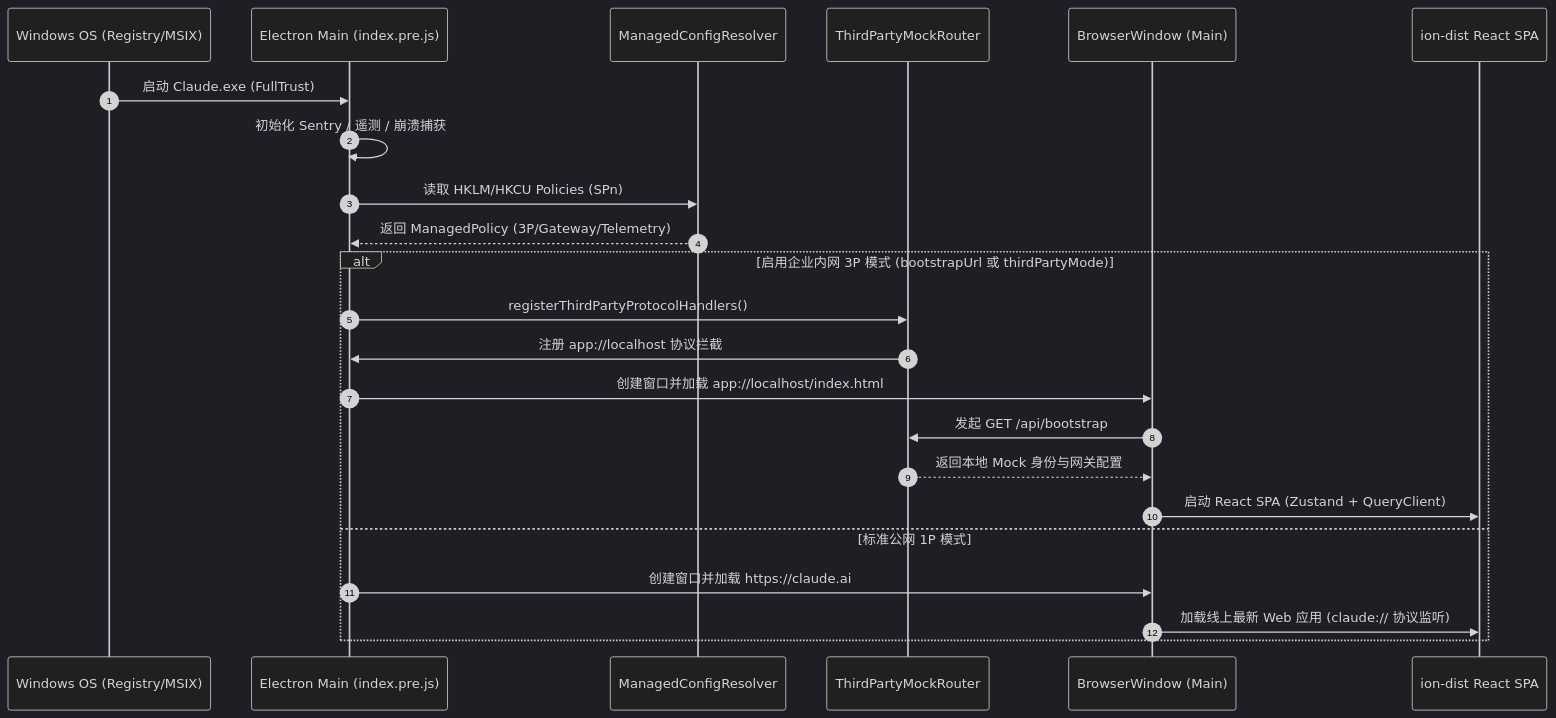
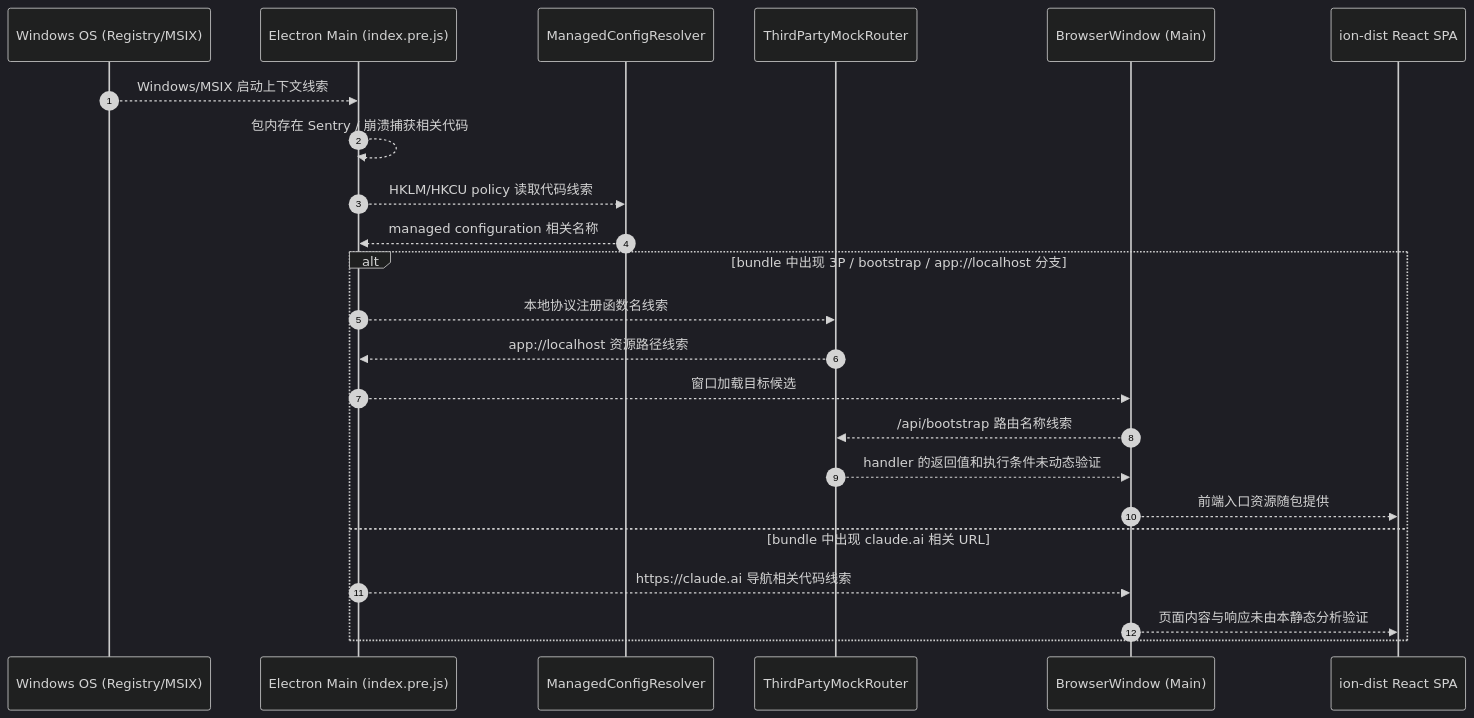
The first of 5 diagrams in claude-desktop-architecture.md (tyloryang/claude-code-desktop-reverse-analyse), drawn with Mermaid (dark theme) before and after one commit. The commit also changed other lines of this file and 17 other files, not shown here.

````diff
--- a/claude-desktop-architecture.md
+++ b/claude-desktop-architecture.md
@@ -833,27 +789,27 @@
 ```mermaid
 sequenceDiagram
     autonumber
     participant OS as Windows OS (Registry/MSIX)
     participant Boot as Electron Main (index.pre.js)
     participant Policy as ManagedConfigResolver
     participant Router as ThirdPartyMockRouter
     participant Win as BrowserWindow (Main)
     participant Web as ion-dist React SPA
 
-    OS->>Boot: 启动 Claude.exe (FullTrust)
-    Boot->>Boot: 初始化 Sentry / 遥测 / 崩溃捕获
-    Boot->>Policy: 读取 HKLM/HKCU Policies (SPn)
-    Policy-->>Boot: 返回 ManagedPolicy (3P/Gateway/Telemetry)
+    OS-->>Boot: Windows/MSIX 启动上下文线索
+    Boot-->>Boot: 包内存在 Sentry / 崩溃捕获相关代码
+    Boot-->>Policy: HKLM/HKCU policy 读取代码线索
+    Policy-->>Boot: managed configuration 相关名称
     
-    alt 启用企业内网 3P 模式 (bootstrapUrl 或 thirdPartyMode)
-        Boot->>Router: registerThirdPartyProtocolHandlers()
-        Router->>Boot: 注册 app://localhost 协议拦截
-        Boot->>Win: 创建窗口并加载 app://localhost/index.html
-        Win->>Router: 发起 GET /api/bootstrap
-        Router-->>Win: 返回本地 Mock 身份与网关配置
-        Win->>Web: 启动 React SPA (Zustand + QueryClient)
-    else 标准公网 1P 模式
-        Boot->>Win: 创建窗口并加载 https://claude.ai
-        Win->>Web: 加载线上最新 Web 应用 (claude:// 协议监听)
+    alt bundle 中出现 3P / bootstrap / app://localhost 分支
+        Boot-->>Router: 本地协议注册函数名线索
+        Router-->>Boot: app://localhost 资源路径线索
+        Boot-->>Win: 窗口加载目标候选
+        Win-->>Router: /api/bootstrap 路由名称线索
+        Router-->>Win: handler 的返回值和执行条件未动态验证
+        Win-->>Web: 前端入口资源随包提供
+    else bundle 中出现 claude.ai 相关 URL
+        Boot-->>Win: https://claude.ai 导航相关代码线索
+        Win-->>Web: 页面内容与响应未由本静态分析验证
     end
 ```
````
